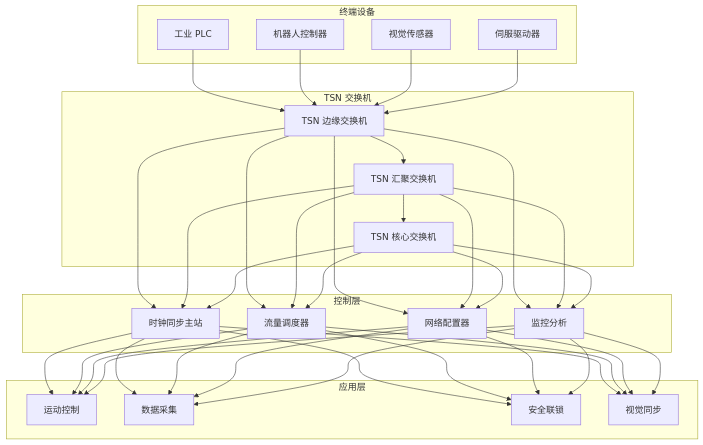
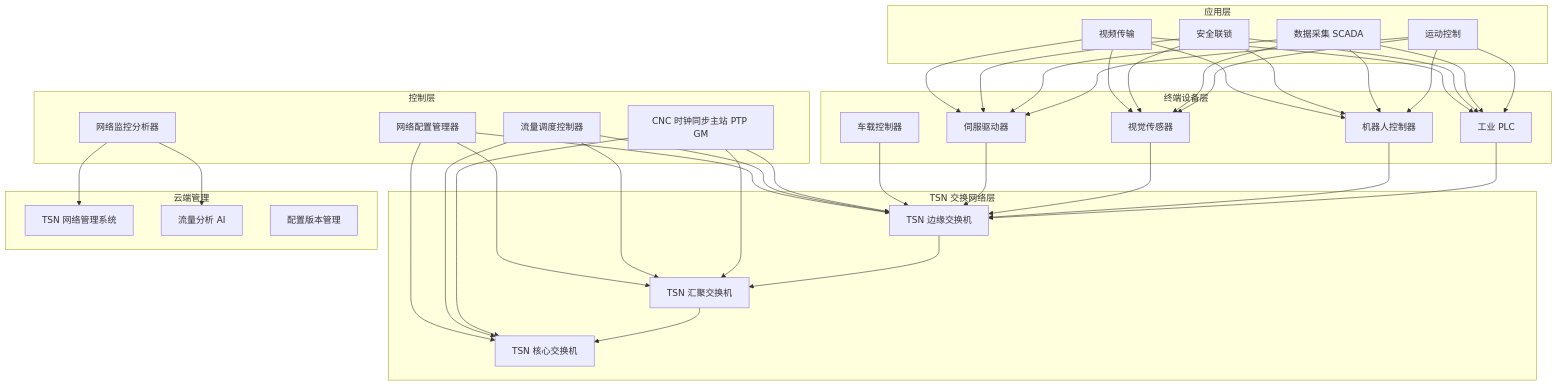
Before and after one commit to kudig-io/kudig-database: the first of 3 diagrams in topic-application-architecture/80-tsn-network.md, drawn with Mermaid. The commit also changed other lines of this file and 8633 other files, not shown here.

````diff
--- a/topic-application-architecture/80-tsn-network.md
+++ b/topic-application-architecture/80-tsn-network.md
@@ -49,34 +136,42 @@
 ```mermaid
 graph TB
-    subgraph 终端设备
+    subgraph DeviceLayer["终端设备层"]
         E1[工业 PLC]
         E2[机器人控制器]
         E3[视觉传感器]
         E4[伺服驱动器]
+        E5[车载控制器]
     end
 
-    subgraph TSN 交换机
+    subgraph NetworkLayer["TSN 交换网络层"]
         S1[TSN 边缘交换机]
         S2[TSN 汇聚交换机]
         S3[TSN 核心交换机]
     end
 
-    subgraph 控制层
-        C1[时钟同步主站]
-        C2[流量调度器]
-        C3[网络配置器]
-        C4[监控分析]
+    subgraph ControlLayer["控制层"]
+        C1[CNC 时钟同步主站 PTP GM]
+        C2[流量调度控制器]
+        C3[网络配置管理器]
+        C4[网络监控分析器]
     end
 
-    subgraph 应用层
+    subgraph AppLayer["应用层"]
         A1[运动控制]
-        A2[数据采集]
+        A2[数据采集 SCADA]
         A3[安全联锁]
-        A4[视觉同步]
+        A4[视频传输]
     end
 
-    E1 & E2 & E3 & E4 --> S1
+    subgraph CloudLayer["云端管理"]
+        CL1[TSN 网络管理系统]
+        CL2[流量分析 AI]
+        CL3[配置版本管理]
+    end
+
+    E1 & E2 & E3 & E4 & E5 --> S1
     S1 --> S2 --> S3
-    S1 & S2 & S3 --> C1 & C2 & C3 & C4
-    C1 & C2 & C3 & C4 --> A1 & A2 & A3 & A4
+    C1 & C2 & C3 --> S1 & S2 & S3
+    C4 --> CL1 & CL2
+    A1 & A2 & A3 & A4 --> E1 & E2 & E3 & E4
 ```
````
